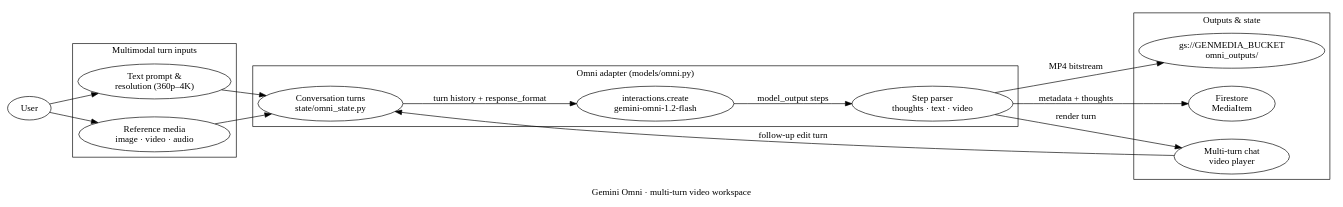
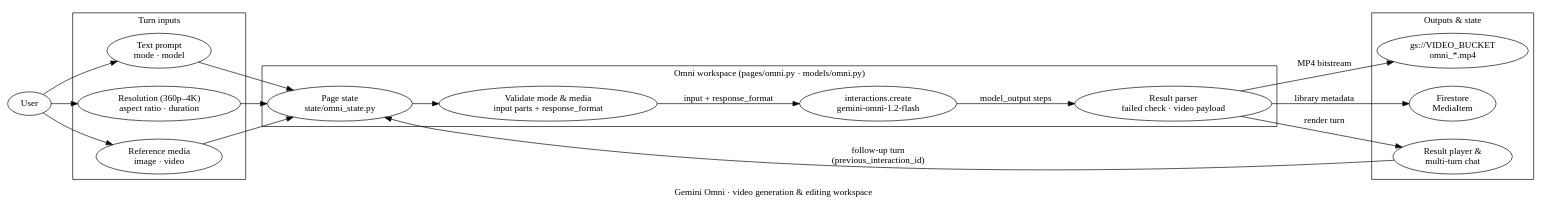
The diagram in docs-site/src/content/docs/core/assets/diagrams/foundation-gemini-omni.dot (GoogleCloudPlatform/genmedia-creative-studio), drawn with Graphviz before and after one commit. The commit also changed 5 other files, not shown here.

First line of the commit message:
docs(core): rewrite Gemini Omni page for the video workspace (#2138)

```diff
--- a/docs-site/src/content/docs/core/assets/diagrams/foundation-gemini-omni.dot
+++ b/docs-site/src/content/docs/core/assets/diagrams/foundation-gemini-omni.dot
@@ -1,39 +1,42 @@
-// Gemini Omni multi-turn video generation and editing workspace.
+// Gemini Omni video generation, editing and multi-turn refinement workspace.
 digraph foundation_gemini_omni {
-  label = "Gemini Omni · multi-turn video workspace";
+  label = "Gemini Omni · video generation & editing workspace";
   rankdir = LR;
   ranksep = 0.55;
   nodesep = 0.38;
 
   user [label="User", class="terminal"];
 
   subgraph cluster_inputs {
-    label = "Multimodal turn inputs";
-    prompt [label="Text prompt &\nresolution (360p–4K)"];
-    refs   [label="Reference media\nimage · video · audio"];
+    label = "Turn inputs";
+    prompt [label="Text prompt\nmode · model"];
+    format [label="Resolution (360p–4K)\naspect ratio · duration"];
+    refs   [label="Reference media\nimage · video"];
   }
 
   subgraph cluster_omni {
-    label = "Omni adapter (models/omni.py)";
+    label = "Omni workspace (pages/omni.py · models/omni.py)";
     class = "accent";
-    state  [label="Conversation turns\nstate/omni_state.py", class="code"];
+    state  [label="Page state\nstate/omni_state.py", class="code"];
+    build  [label="Validate mode & media\ninput parts + response_format", class="code"];
     client [label="interactions.create\ngemini-omni-1.2-flash", class="primary code"];
-    parse  [label="Step parser\nthoughts · text · video", class="emphasis"];
+    parse  [label="Result parser\nfailed check · video payload", class="emphasis"];
   }
 
   subgraph cluster_storage {
     label = "Outputs & state";
-    gcs       [label="gs://GENMEDIA_BUCKET\nomni_outputs/", class="store code"];
+    gcs       [label="gs://VIDEO_BUCKET\nomni_*.mp4", class="store code"];
     firestore [label="Firestore\nMediaItem", class="store code"];
-    player    [label="Multi-turn chat\nvideo player", class="positive terminal"];
+    player    [label="Result player &\nmulti-turn chat", class="positive terminal"];
   }
 
-  user -> {prompt refs};
-  {prompt refs} -> state;
-  state -> client [label="turn history + response_format", class="primary"];
+  user -> {prompt format refs};
+  {prompt format refs} -> state;
+  state -> build;
+  build -> client [label="input + response_format", class="primary"];
   client -> parse [label="model_output steps", class="primary"];
   parse -> gcs    [label="MP4 bitstream", class="async"];
-  parse -> firestore [label="metadata + thoughts", class="async"];
+  parse -> firestore [label="library metadata", class="async"];
   parse -> player [label="render turn", class="positive"];
-  player -> state [label="follow-up edit turn", class="weak", constraint=false];
+  player -> state [label="follow-up turn\n(previous_interaction_id)", class="weak", constraint=false];
 }
```
